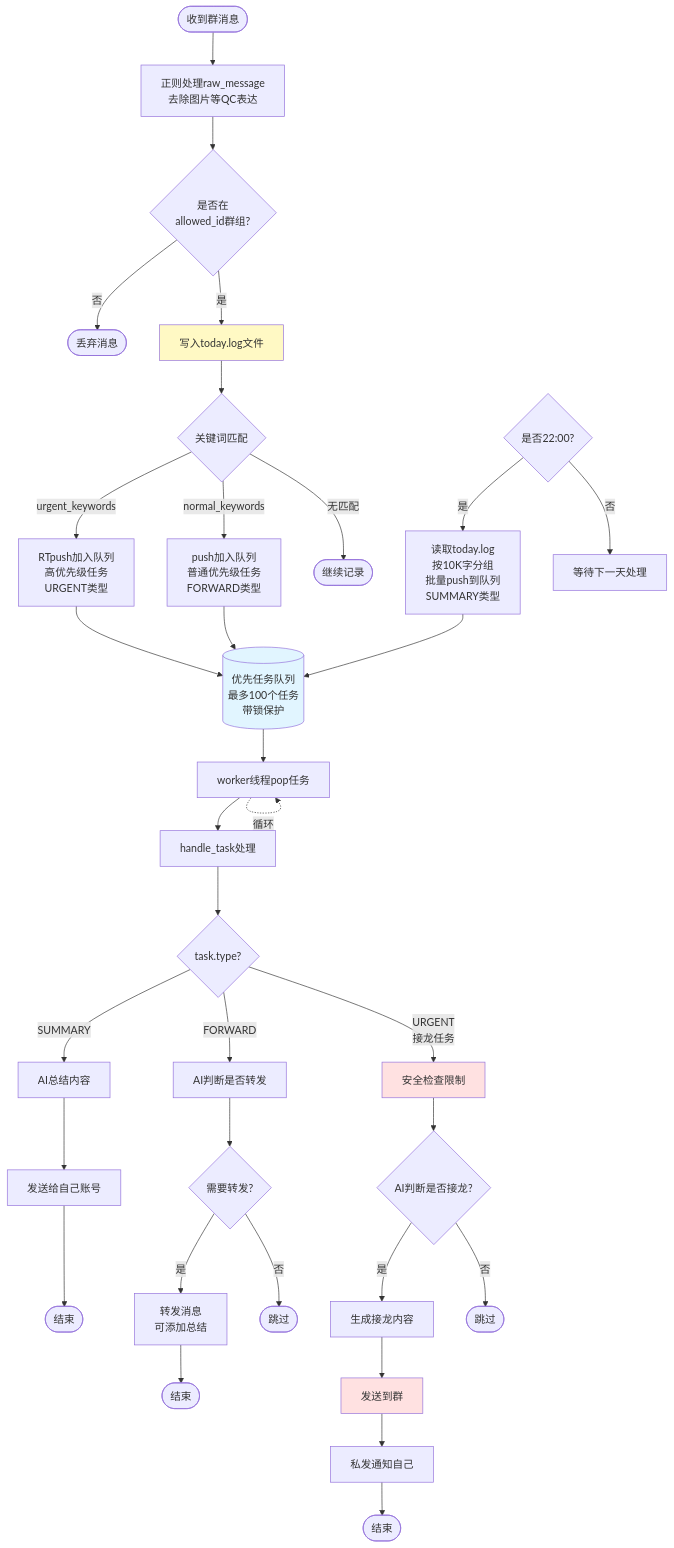
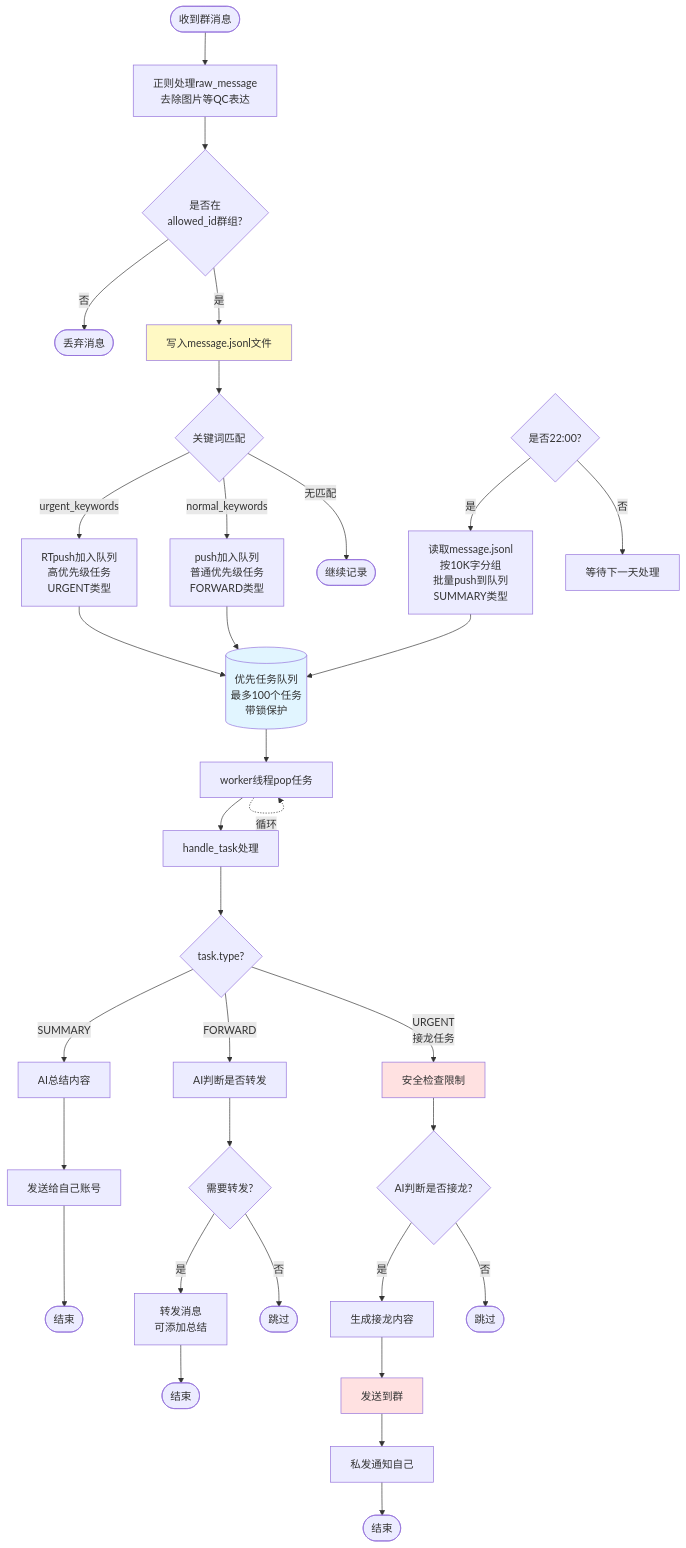
The diagram in README.md (limolin234/QQbot), drawn with Mermaid before and after one commit. The commit also changed other lines of this file, not shown here.

````diff
--- a/README.md
+++ b/README.md
@@ -51,53 +51,53 @@
 ```mermaid
     flowchart TB
     Start([收到群消息]) --> PreProcess[正则处理raw_message<br/>去除图片等QC表达]
     PreProcess --> CheckAllowed{是否在<br/>allowed_id群组?}
     
     CheckAllowed -->|否| Discard([丢弃消息])
-    CheckAllowed -->|是| WriteLog[写入today.log文件]
+    CheckAllowed -->|是| WriteLog[写入message.jsonl文件]
     
     WriteLog --> MatchKeyword{关键词匹配}
     
     MatchKeyword -->|urgent_keywords| RTpush[RTpush加入队列<br/>高优先级任务<br/>URGENT类型]
     MatchKeyword -->|normal_keywords| Push[push加入队列<br/>普通优先级任务<br/>FORWARD类型]
     MatchKeyword -->|无匹配| Continue([继续记录])
     
     DailyCheck{是否22:00?}
-    DailyCheck -->|是| BatchProcess[读取today.log<br/>按10K字分组<br/>批量push到队列<br/>SUMMARY类型]
+    DailyCheck -->|是| BatchProcess[读取message.jsonl<br/>按10K字分组<br/>批量push到队列<br/>SUMMARY类型]
     DailyCheck -->|否| WaitNext[等待下一天处理]
     BatchProcess --> QueueBuffer
     
     RTpush --> QueueBuffer[(优先任务队列<br/>最多100个任务<br/>带锁保护)]
     Push --> QueueBuffer
     
     QueueBuffer --> Worker[worker线程pop任务]
     Worker --> HandleTask[handle_task处理]
     
     HandleTask --> TypeCheck{task.type?}
     
     TypeCheck -->|SUMMARY| Summary[AI总结内容]
     Summary --> SendSelf1[发送给自己账号]
     SendSelf1 --> End1([结束])
     
     TypeCheck -->|FORWARD| Judge[AI判断是否转发]
     Judge --> NeedForward{需要转发?}
     NeedForward -->|是| Forward[转发消息<br/>可添加总结]
     NeedForward -->|否| Skip1([跳过])
     Forward --> End2([结束])
     
     TypeCheck -->|URGENT<br/>接龙任务| SafetyCheck[安全检查限制]
     SafetyCheck --> JudgeJoin{AI判断是否接龙?}
     JudgeJoin -->|是| JoinContent[生成接龙内容]
     JoinContent --> SendGroup[发送到群]
     SendGroup --> Notify[私发通知自己]
     Notify --> End3([结束])
     JudgeJoin -->|否| Skip2([跳过])
     
     Worker -.循环.-> Worker
     
     style QueueBuffer fill:#e1f5ff
     style SafetyCheck fill:#ffe1e1
     style SendGroup fill:#ffe1e1
     style WriteLog fill:#fff9c4
 
 ```
````
